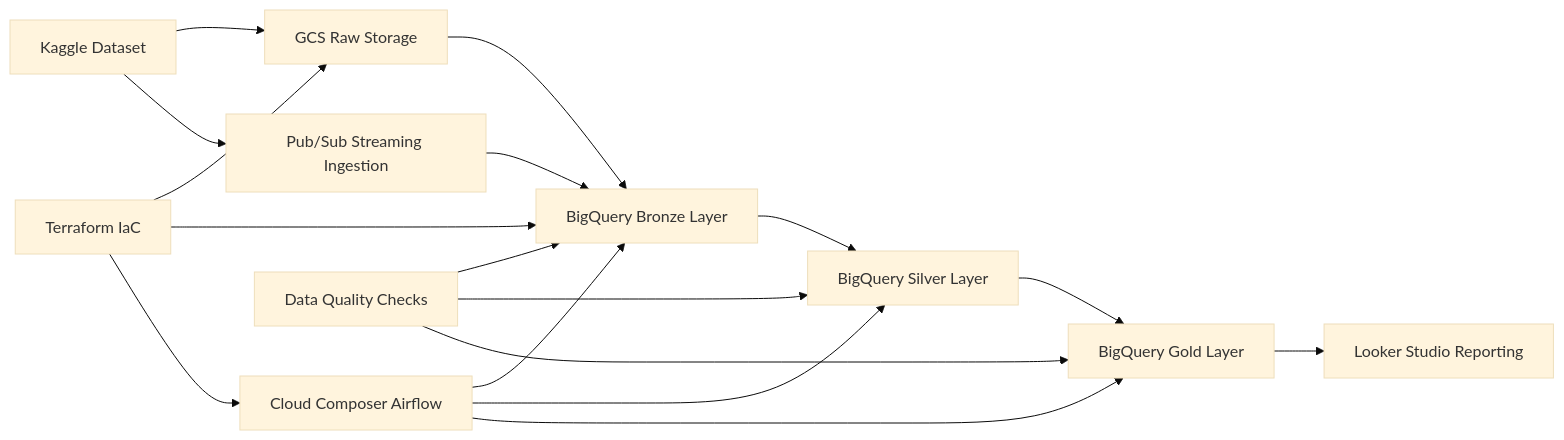
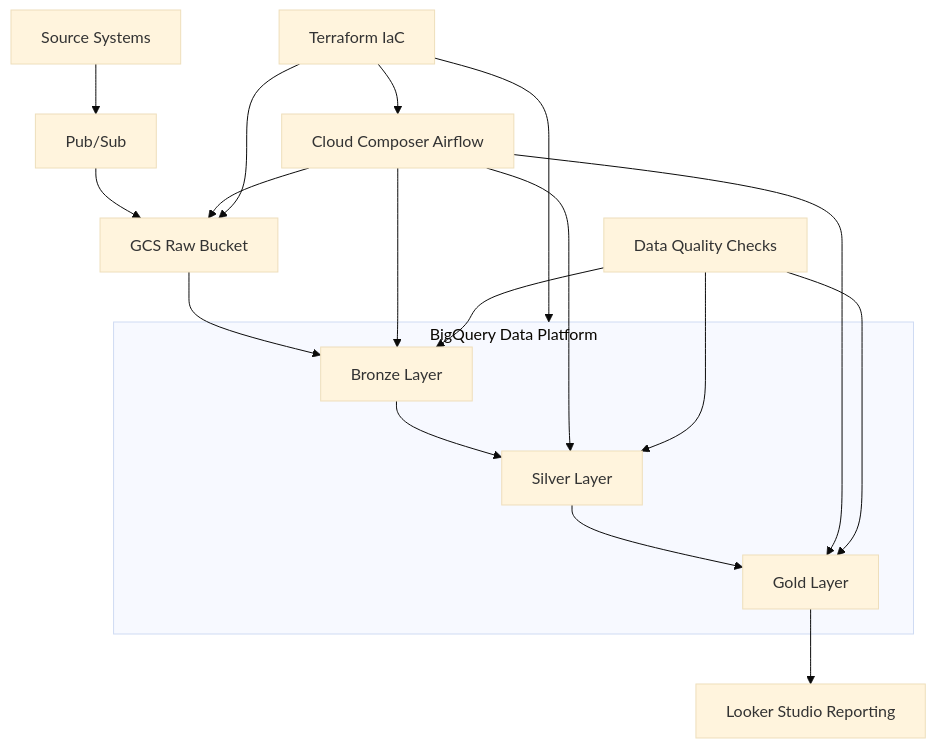
Before and after one commit to gaurabdawn/regulatory_reporting_on_gcp: the diagram in readme.md, drawn with Mermaid (base theme).

````diff
--- a/readme.md
+++ b/readme.md
@@ -4,34 +4,37 @@
 ```mermaid
-flowchart LR
+flowchart TB
 
-    %% ---------------- INGESTION ----------------
-    A[Kaggle Dataset] --> B[GCS Raw Storage]
+    %% ----------- INGESTION -----------
+    A[Source Systems] --> B[Pub/Sub]
+    B --> C[GCS Raw Bucket]
 
-    A --> C[Pub/Sub Streaming Ingestion]
+    %% ----------- BIGQUERY MEDALLION -----------
+    subgraph D[BigQuery Data Platform]
+        D1[Bronze Layer]
+        D2[Silver Layer]
+        D3[Gold Layer]
 
-    %% ---------------- BRONZE ----------------
-    B --> D[BigQuery Bronze Layer]
-    C --> D
+        D1 --> D2 --> D3
+    end
 
-    %% ---------------- TRANSFORM ----------------
-    D --> E[BigQuery Silver Layer]
-    E --> F[BigQuery Gold Layer]
+    C --> D1
 
-    %% ---------------- SERVING ----------------
-    F --> G[Looker Studio Reporting]
+    %% ----------- SERVING -----------
+    D3 --> E[Looker Studio Reporting]
 
-    %% ---------------- ORCHESTRATION ----------------
-    H[Cloud Composer Airflow] --> D
-    H --> E
+    %% ----------- ORCHESTRATION -----------
+    F[Cloud Composer Airflow] --> C
+    F --> D1
+    F --> D2
+    F --> D3
+
+    %% ----------- GOVERNANCE -----------
+    G[Data Quality Checks] --> D1
+    G --> D2
+    G --> D3
+
+    %% ----------- INFRA -----------
+    H[Terraform IaC] --> C
+    H --> D
     H --> F
-
-    %% ---------------- GOVERNANCE ----------------
-    I[Data Quality Checks] --> D
-    I --> E
-    I --> F
-
-    %% ---------------- INFRA ----------------
-    J[Terraform IaC] --> B
-    J --> D
-    J --> H
 ```
````
